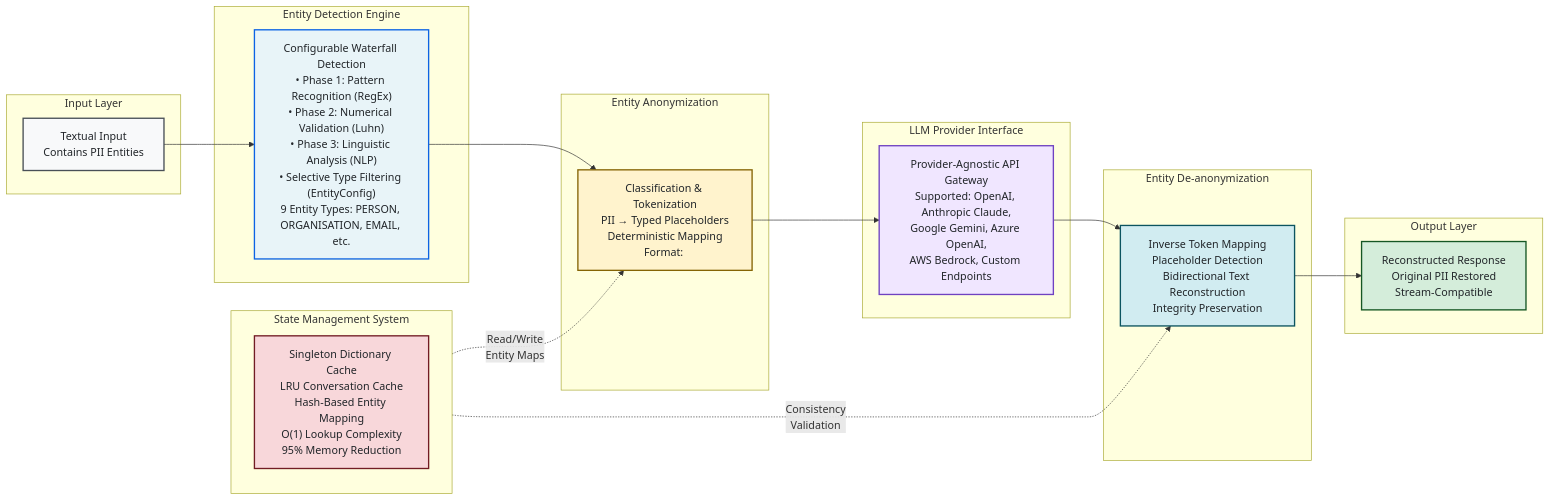
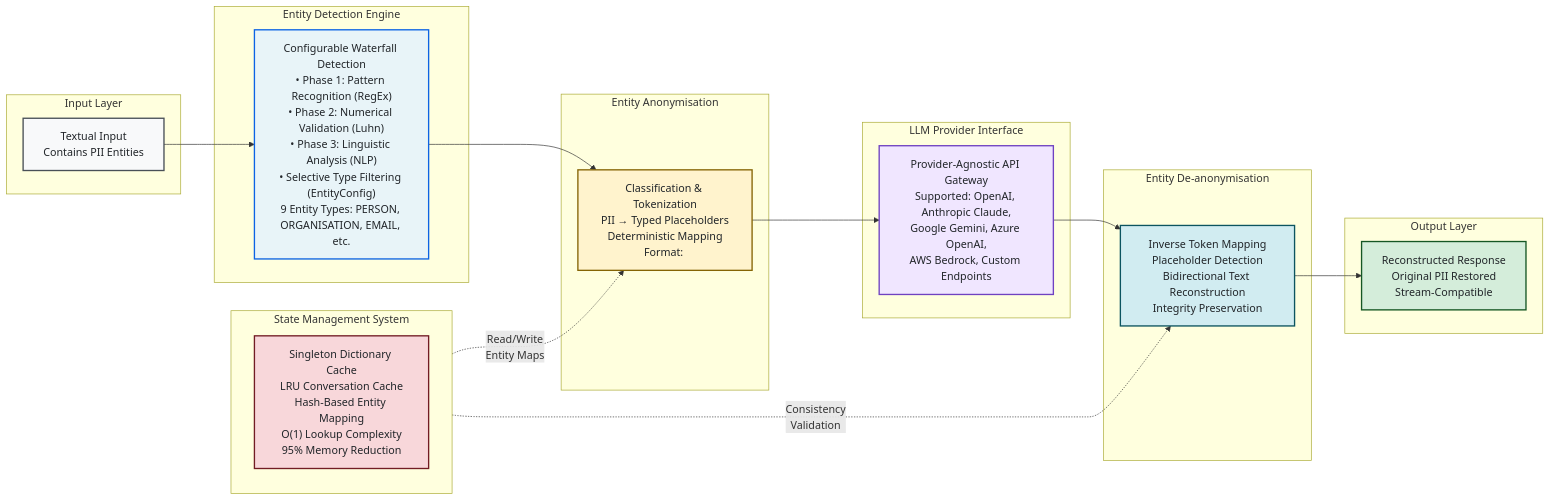
One commit to brainpolo/llmshield changed the second of 4 diagrams in README.md. Above: the diagram before and after it, drawn with Mermaid. The commit also changed other lines of this file and 66 other files, not shown here.

````diff
--- a/README.md
+++ b/README.md
@@ -149,58 +149,58 @@
 ```mermaid
 graph LR
     subgraph Input ["Input Layer"]
         A["Textual Input<br/>Contains PII Entities"]
     end
 
     subgraph Detection ["Entity Detection Engine"]
         B["Configurable Waterfall Detection<br/>• Phase 1: Pattern Recognition (RegEx)<br/>• Phase 2: Numerical Validation (Luhn)<br/>• Phase 3: Linguistic Analysis (NLP)<br/>• Selective Type Filtering (EntityConfig)<br/>9 Entity Types: PERSON, ORGANISATION, EMAIL, etc."]
     end
 
-    subgraph Cloaking ["Entity Anonymization"]
+    subgraph Cloaking ["Entity Anonymisation"]
         C["Classification & Tokenization<br/>PII → Typed Placeholders<br/>Deterministic Mapping<br/>Format: <TYPE_INDEX>"]
     end
 
     subgraph Provider ["LLM Provider Interface"]
         D["Provider-Agnostic API Gateway<br/>Supported: OpenAI, Anthropic Claude,<br/>Google Gemini, Azure OpenAI,<br/>AWS Bedrock, Custom Endpoints"]
     end
 
-    subgraph Restoration ["Entity De-anonymization"]
+    subgraph Restoration ["Entity De-anonymisation"]
         E["Inverse Token Mapping<br/>Placeholder Detection<br/>Bidirectional Text Reconstruction<br/>Integrity Preservation"]
     end
 
     subgraph Output ["Output Layer"]
         F["Reconstructed Response<br/>Original PII Restored<br/>Stream-Compatible"]
     end
 
     subgraph Memory ["State Management System"]
         G["Singleton Dictionary Cache<br/>LRU Conversation Cache<br/>Hash-Based Entity Mapping<br/>O(1) Lookup Complexity<br/>95% Memory Reduction"]
     end
 
     %% Primary data flow
     A --> B
     B --> C
     C --> D
     D --> E
     E --> F
 
     %% State management interactions
     Memory -.->|"Read/Write<br/>Entity Maps"| C
     Memory -.->|"Consistency<br/>Validation"| E
 
     %% Styling
     classDef inputStyle fill:#f8f9fa,stroke:#495057,stroke-width:2px,color:#212529
     classDef detectionStyle fill:#e8f4f8,stroke:#0c63e4,stroke-width:2px,color:#212529
     classDef cloakingStyle fill:#fff3cd,stroke:#856404,stroke-width:2px,color:#212529
     classDef providerStyle fill:#f0e6ff,stroke:#6f42c1,stroke-width:2px,color:#212529
     classDef restorationStyle fill:#d1ecf1,stroke:#0c5460,stroke-width:2px,color:#212529
     classDef outputStyle fill:#d4edda,stroke:#155724,stroke-width:2px,color:#212529
     classDef memoryStyle fill:#f8d7da,stroke:#721c24,stroke-width:2px,color:#212529
 
     class A inputStyle
     class B detectionStyle
     class C cloakingStyle
     class D providerStyle
     class E restorationStyle
     class F outputStyle
     class G memoryStyle
 ```
````
